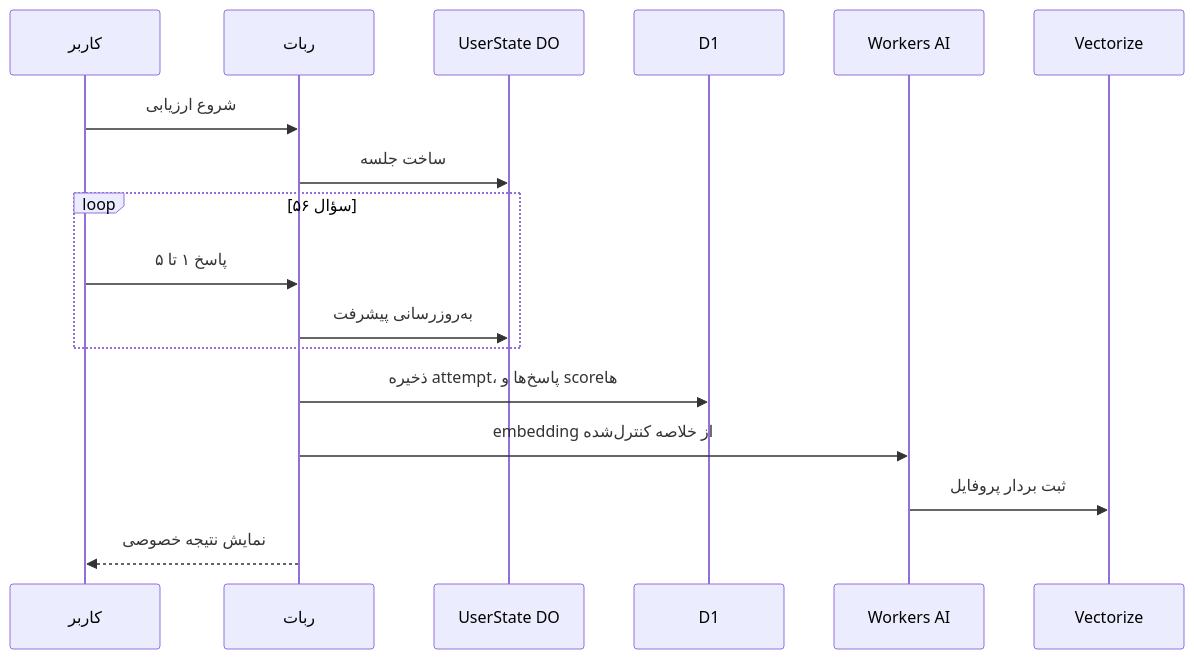
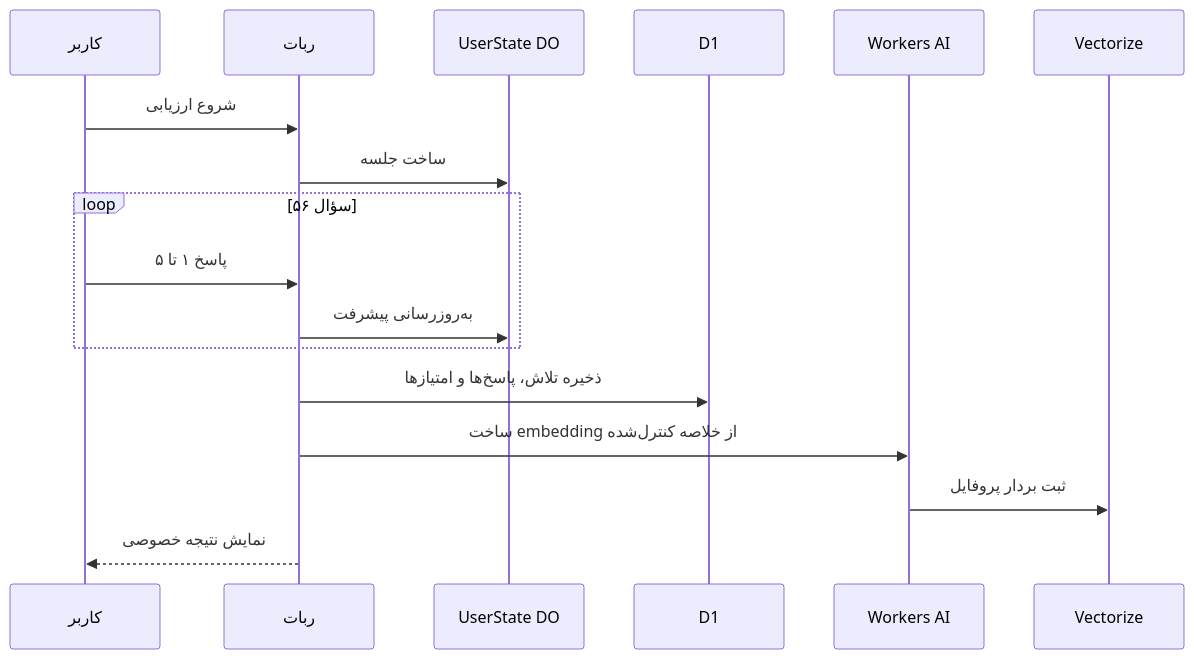
The eighth of 10 diagrams in content/fa/lab/nekonymous-anonymous-messaging-technical-lab.md (mohetios/mohetios.dev), drawn with Mermaid before and after one commit. The commit also changed other lines of this file and 8 other files, not shown here.

````diff
--- a/content/fa/lab/nekonymous-anonymous-messaging-technical-lab.md
+++ b/content/fa/lab/nekonymous-anonymous-messaging-technical-lab.md
@@ -473,20 +473,20 @@
 ```mermaid
 sequenceDiagram
   participant U as کاربر
   participant B as ربات
   participant DO as UserState DO
   participant D1 as D1
   participant AI as Workers AI
   participant V as Vectorize
 
   U->>B: شروع ارزیابی
   B->>DO: ساخت جلسه
   loop ۵۶ سؤال
     U->>B: پاسخ ۱ تا ۵
     B->>DO: به‌روزرسانی پیشرفت
   end
-  B->>D1: ذخیره attempt، پاسخ‌ها و scoreها
-  B->>AI: embedding از خلاصه کنترل‌شده
+  B->>D1: ذخیره تلاش، پاسخ‌ها و امتیازها
+  B->>AI: ساخت embedding از خلاصه کنترل‌شده
   AI->>V: ثبت بردار پروفایل
   B-->>U: نمایش نتیجه خصوصی
 ```
````
